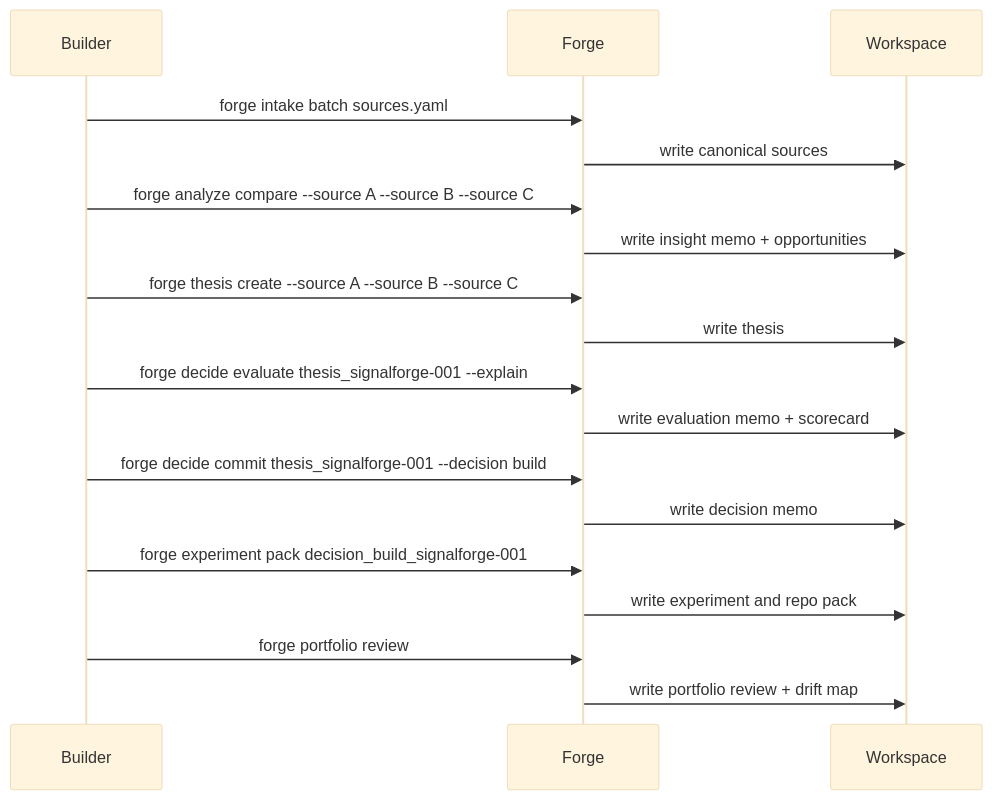
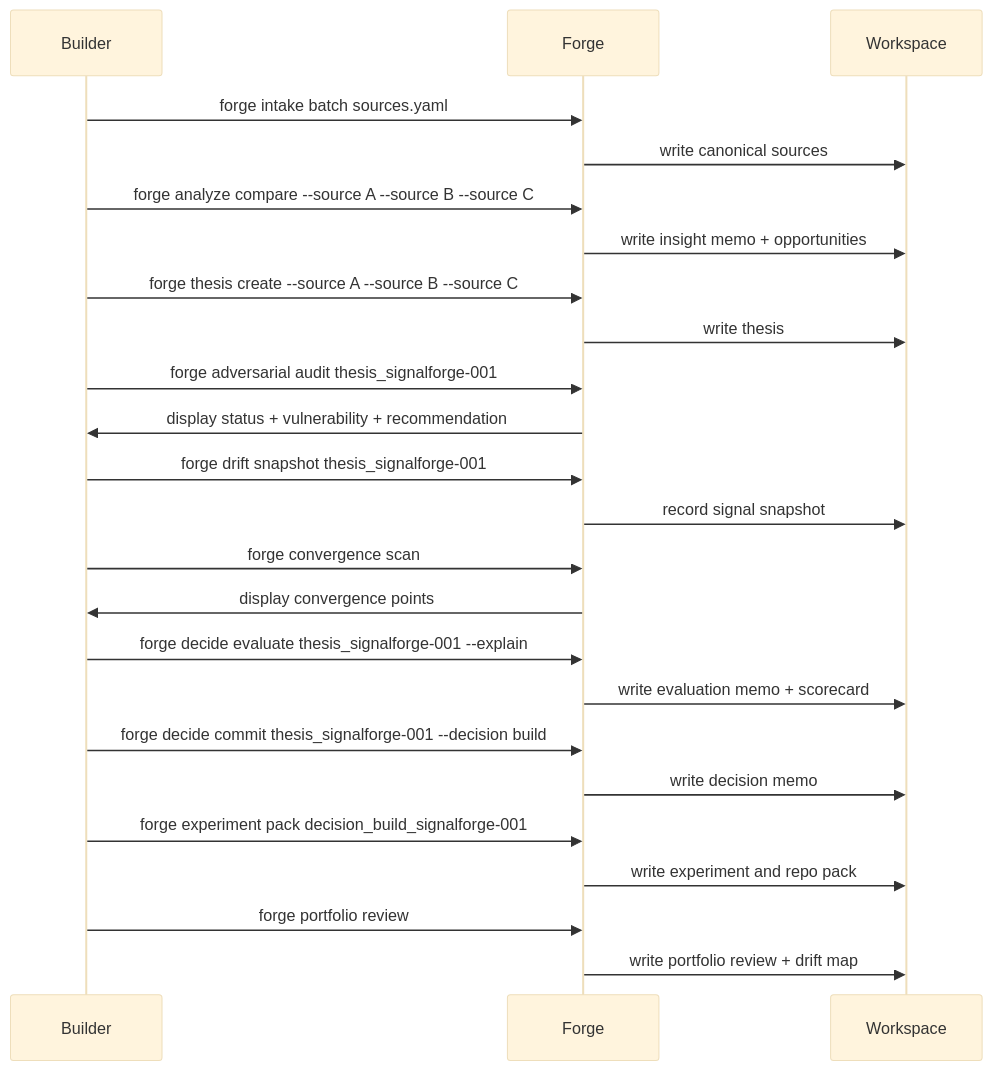
One commit to 0shadow-Architect0/signalforge changed the second of 2 diagrams in docs/command-contracts.md. Above: the diagram before and after it, drawn with Mermaid (base theme). The commit also changed other lines of this file and 3 other files, not shown here.

````diff
--- a/docs/command-contracts.md
+++ b/docs/command-contracts.md
@@ -190,21 +364,27 @@
 ```mermaid
 sequenceDiagram
     participant Builder
     participant Forge
     participant Workspace
 
     Builder->>Forge: forge intake batch sources.yaml
     Forge->>Workspace: write canonical sources
     Builder->>Forge: forge analyze compare --source A --source B --source C
     Forge->>Workspace: write insight memo + opportunities
     Builder->>Forge: forge thesis create --source A --source B --source C
     Forge->>Workspace: write thesis
+    Builder->>Forge: forge adversarial audit thesis_signalforge-001
+    Forge->>Builder: display status + vulnerability + recommendation
+    Builder->>Forge: forge drift snapshot thesis_signalforge-001
+    Forge->>Workspace: record signal snapshot
+    Builder->>Forge: forge convergence scan
+    Forge->>Builder: display convergence points
     Builder->>Forge: forge decide evaluate thesis_signalforge-001 --explain
     Forge->>Workspace: write evaluation memo + scorecard
     Builder->>Forge: forge decide commit thesis_signalforge-001 --decision build
     Forge->>Workspace: write decision memo
     Builder->>Forge: forge experiment pack decision_build_signalforge-001
     Forge->>Workspace: write experiment and repo pack
     Builder->>Forge: forge portfolio review
     Forge->>Workspace: write portfolio review + drift map
 ```
````
